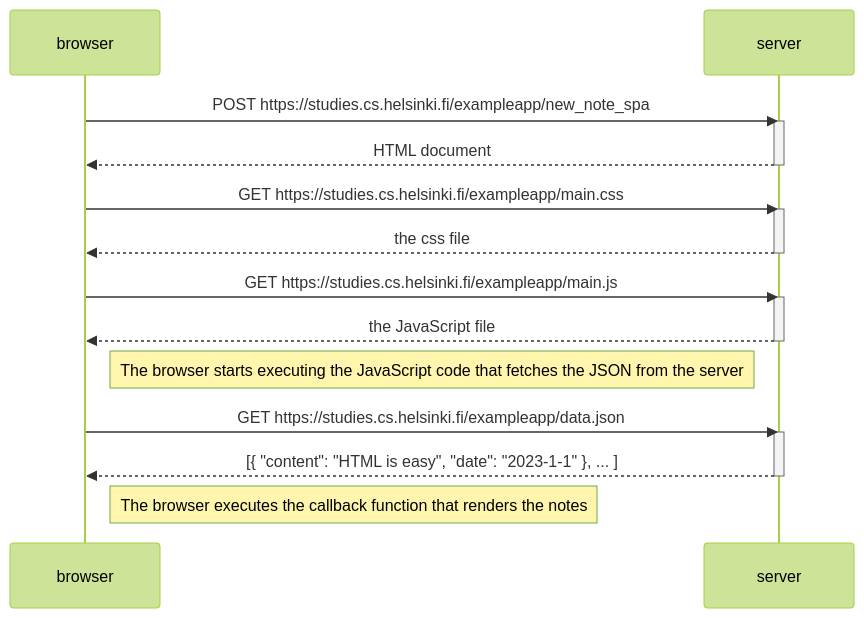
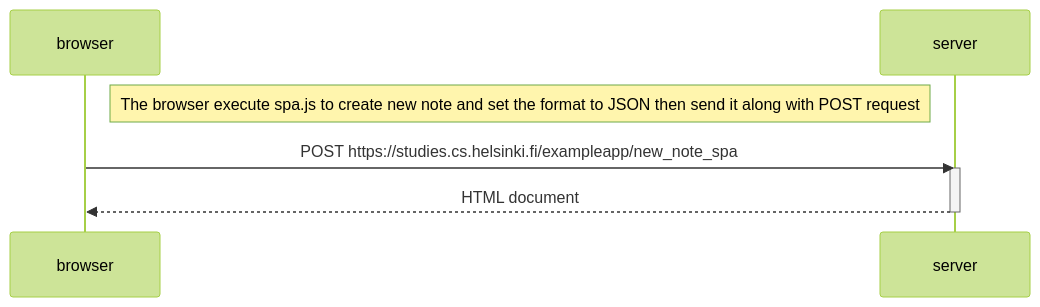
One commit to OogaryoO/Fullstack-Open changed the diagram in part0/exercise_0-6.md. Above: the diagram before and after it, drawn with Mermaid (forest theme).

````diff
--- a/part0/exercise_0-6.md
+++ b/part0/exercise_0-6.md
@@ -1,29 +1,12 @@
 ```mermaid
 sequenceDiagram
     participant browser
     participant server
 
+    Note right of browser: The browser execute spa.js to create new note and set the format to JSON then send it along with POST request
+
     browser->>server: POST https://studies.cs.helsinki.fi/exampleapp/new_note_spa
     activate server
     server-->>browser: HTML document
     deactivate server
-
-    browser->>server: GET https://studies.cs.helsinki.fi/exampleapp/main.css
-    activate server
-    server-->>browser: the css file
-    deactivate server
-
-    browser->>server: GET https://studies.cs.helsinki.fi/exampleapp/main.js
-    activate server
-    server-->>browser: the JavaScript file
-    deactivate server
-
-    Note right of browser: The browser starts executing the JavaScript code that fetches the JSON from the server
-
-    browser->>server: GET https://studies.cs.helsinki.fi/exampleapp/data.json
-    activate server
-    server-->>browser: [{ "content": "HTML is easy", "date": "2023-1-1" }, ... ]
-    deactivate server
-
-    Note right of browser: The browser executes the callback function that renders the notes
 ```
````
